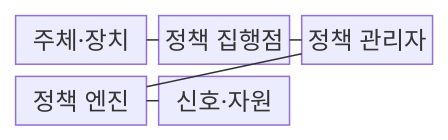
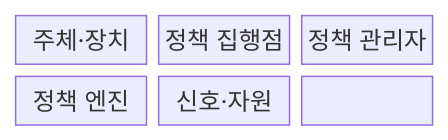
The first of 2 diagrams in src/content/docs/notes/08-latest-tech/185_zero_trust_architecture.md (agnusdei1207/knowledge-base), drawn with Mermaid before and after one commit. The commit also changed other lines of this file and 228 other files, not shown here.

````diff
--- a/src/content/docs/notes/08-latest-tech/185_zero_trust_architecture.md
+++ b/src/content/docs/notes/08-latest-tech/185_zero_trust_architecture.md
@@ -51,13 +50,11 @@
 ```mermaid
 block-beta
   columns 3
-  A["주체·장치"]
-  B["정책 집행점"]
-  C["정책 관리자"]
-  D["정책 엔진"]
-  E["신호·자원"]
-  A --- B
-  B --- C
-  C --- D
-  E --- D
+  N0["주체·장치"]
+  N1["정책 집행점"]
+  N2["정책 관리자"]
+  N3["정책 엔진"]
+  N4["신호·자원"]
+  N0 --- N1 --- N2
+  N2 --- N3 --- N4
 ```
````
